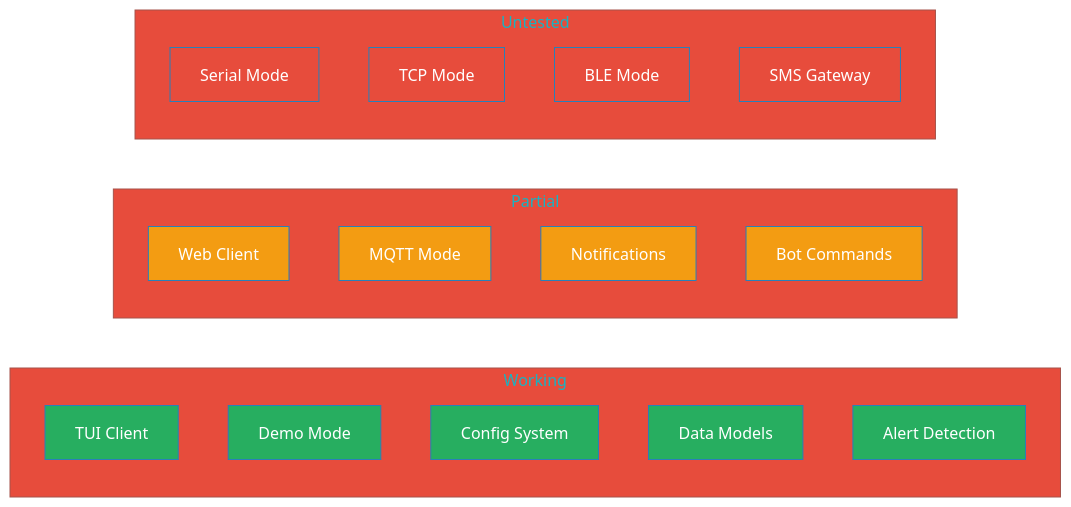
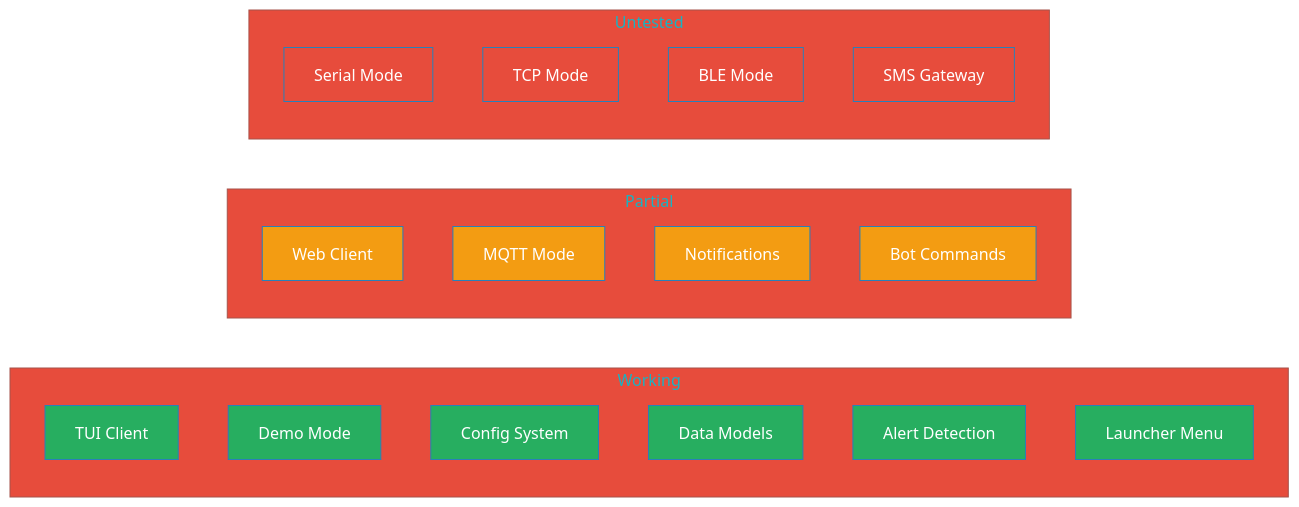
The first of 4 diagrams in README.md (Nursedude/meshing_around_meshforge), drawn with Mermaid before and after one commit. The commit also changed other lines of this file, not shown here.

````diff
--- a/README.md
+++ b/README.md
@@ -46,39 +46,41 @@
 ```mermaid
 %%{init: {'theme': 'base', 'themeVariables': { 'primaryColor': '#4a9eff', 'primaryTextColor': '#fff', 'primaryBorderColor': '#2980b9', 'lineColor': '#666', 'secondaryColor': '#27ae60', 'tertiaryColor': '#e74c3c'}}}%%
 graph LR
     subgraph "Working"
         TUI[TUI Client]
         DEMO[Demo Mode]
         CFG[Config System]
         MODELS[Data Models]
         ALERTS[Alert Detection]
+        LAUNCH[Launcher Menu]
     end
 
     subgraph "Partial"
         WEB[Web Client]
         MQTT[MQTT Mode]
         NOTIFY[Notifications]
         CMDS[Bot Commands]
     end
 
     subgraph "Untested"
         SERIAL[Serial Mode]
         TCP[TCP Mode]
         BLE[BLE Mode]
         SMS[SMS Gateway]
     end
 
     style TUI fill:#27ae60,color:#fff
     style DEMO fill:#27ae60,color:#fff
     style CFG fill:#27ae60,color:#fff
     style MODELS fill:#27ae60,color:#fff
     style ALERTS fill:#27ae60,color:#fff
+    style LAUNCH fill:#27ae60,color:#fff
     style WEB fill:#f39c12,color:#fff
     style MQTT fill:#f39c12,color:#fff
     style NOTIFY fill:#f39c12,color:#fff
     style CMDS fill:#f39c12,color:#fff
     style SERIAL fill:#e74c3c,color:#fff
     style TCP fill:#e74c3c,color:#fff
     style BLE fill:#e74c3c,color:#fff
     style SMS fill:#e74c3c,color:#fff
 ```
````
